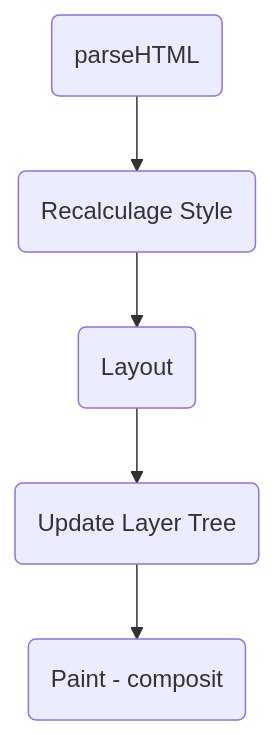
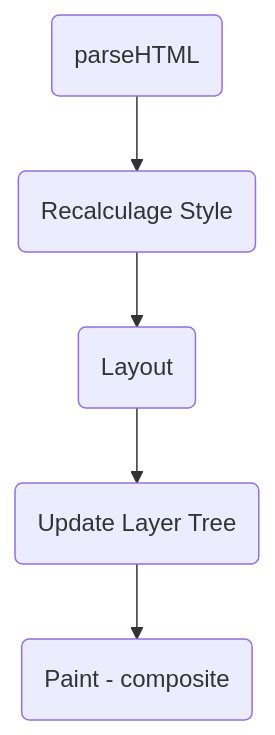
One commit to jecyu/Web-Performance-Optimization changed the diagram in docs/browser/render.md. Above: the diagram before and after it, drawn with Mermaid. The commit also changed other lines of this file and 23 other files, not shown here.

````diff
--- a/docs/browser/render.md
+++ b/docs/browser/render.md
@@ -27,5 +40,5 @@
 ```mermaid
 graph TD;
   A(parseHTML)-->B(Recalculage Style)-->C(Layout)-->
-  D(Update Layer Tree)-->E(Paint - composit);
+  D(Update Layer Tree)-->E(Paint - composite);
 ```
````
